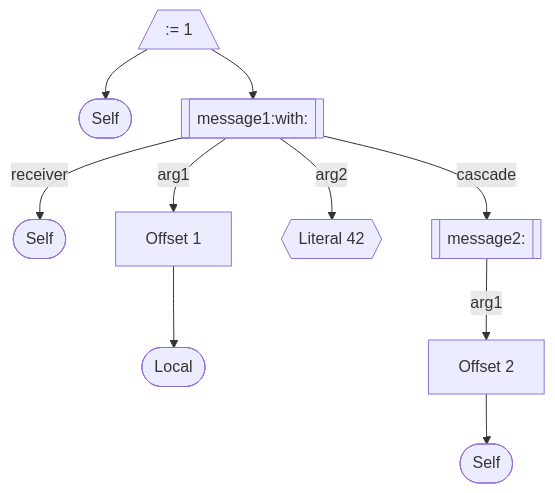
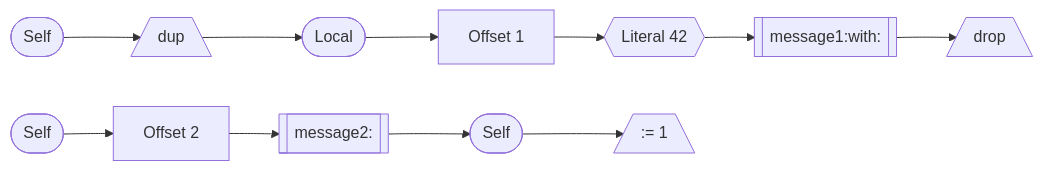
The third of 3 diagrams in Documentation/AST_Classes.md (Zag-Research/Zag-Smalltalk), drawn with Mermaid before and after one commit. The commit also changed other lines of this file and 1 other file, not shown here.

Commit message:
AST structure

````diff
--- a/Documentation/AST_Classes.md
+++ b/Documentation/AST_Classes.md
@@ -71,9 +82,5 @@
 ```mermaid
-graph TD
-asn[/:= 1\]-->s1([Self])
-asn-->m1[[message1:with:]]-->|receiver|s2([Self])
-m1-->|arg1|of2[Offset 1]-->l2([Local])
-m1-->|arg2|li{{Literal 42}}
-m1-->|cascade|m2[[message2:]]
-m2-->|arg1|of3[Offset 2]-->s3([Self])
+graph LR
+s2([Self])-->d1[/dup\]-->l2([Local])-->of2[Offset 1]-->li{{Literal 42}}-->m1[[message1:with:]]-->d2[/drop\]
+s3([Self])-->of3[Offset 2]-->m2[[message2:]]-->s1([Self])-->asn[/:= 1\]
 ```
````
